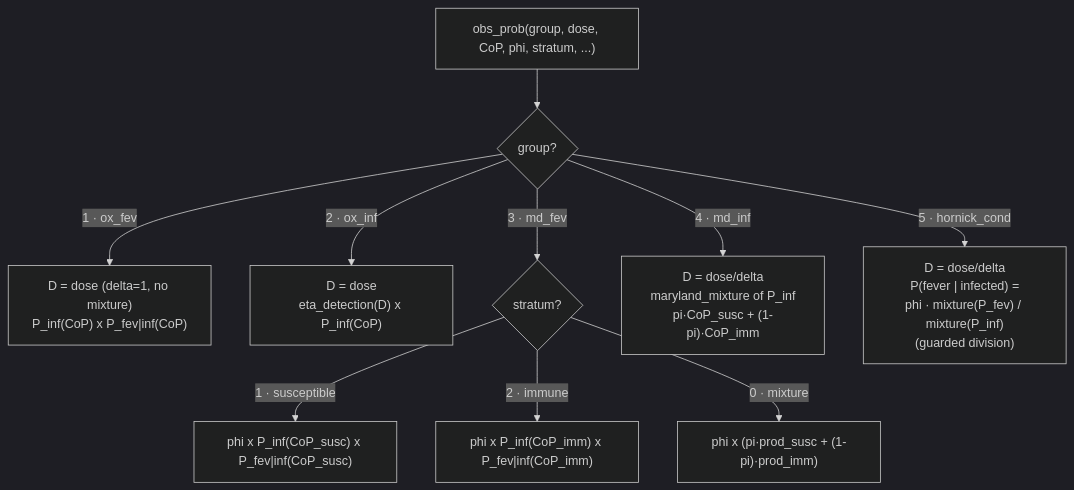
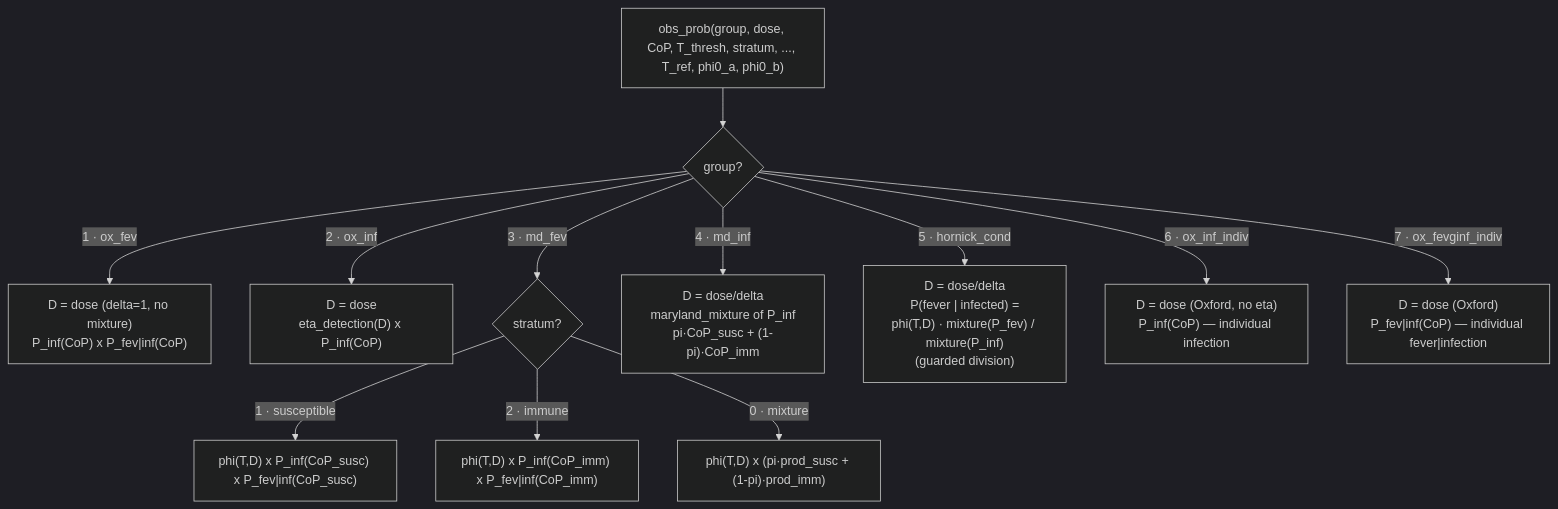
Before and after one commit to famulare/typhoid-immune-dynamics: the second of 2 diagrams in metastudies/dose_response_model/calibration/model_structure.md, drawn with Mermaid (dark theme). The commit also changed other lines of this file and 4 other files, not shown here.

````diff
--- a/metastudies/dose_response_model/calibration/model_structure.md
+++ b/metastudies/dose_response_model/calibration/model_structure.md
@@ -85,15 +98,17 @@
 ```mermaid
 flowchart TD
-    START["obs_prob(group, dose, CoP, phi, stratum, ...)"]
+    START["obs_prob(group, dose, CoP, T_thresh, stratum, ..., T_ref, phi0_a, phi0_b)"]
     START --> G{"group?"}
 
     G -->|"1 · ox_fev"| OXF["D = dose (delta=1, no mixture)<br/>P_inf(CoP) x P_fev|inf(CoP)"]
     G -->|"2 · ox_inf"| OXI["D = dose<br/>eta_detection(D) x P_inf(CoP)"]
     G -->|"3 · md_fev"| MDF{"stratum?"}
     G -->|"4 · md_inf"| MDI["D = dose/delta<br/>maryland_mixture of P_inf<br/>pi·CoP_susc + (1-pi)·CoP_imm"]
-    G -->|"5 · hornick_cond"| HC["D = dose/delta<br/>P(fever | infected) =<br/>phi · mixture(P_fev) / mixture(P_inf)<br/>(guarded division)"]
+    G -->|"5 · hornick_cond"| HC["D = dose/delta<br/>P(fever | infected) =<br/>phi(T,D) · mixture(P_fev) / mixture(P_inf)<br/>(guarded division)"]
+    G -->|"6 · ox_inf_indiv"| OI6["D = dose (Oxford, no eta)<br/>P_inf(CoP) — individual infection"]
+    G -->|"7 · ox_fevginf_indiv"| OF7["D = dose (Oxford)<br/>P_fev|inf(CoP) — individual fever|infection"]
 
-    MDF -->|"1 · susceptible"| MS["phi x P_inf(CoP_susc) x P_fev|inf(CoP_susc)"]
-    MDF -->|"2 · immune"| MI["phi x P_inf(CoP_imm) x P_fev|inf(CoP_imm)"]
-    MDF -->|"0 · mixture"| MX["phi x (pi·prod_susc + (1-pi)·prod_imm)"]
+    MDF -->|"1 · susceptible"| MS["phi(T,D) x P_inf(CoP_susc) x P_fev|inf(CoP_susc)"]
+    MDF -->|"2 · immune"| MI["phi(T,D) x P_inf(CoP_imm) x P_fev|inf(CoP_imm)"]
+    MDF -->|"0 · mixture"| MX["phi(T,D) x (pi·prod_susc + (1-pi)·prod_imm)"]
 ```
````
